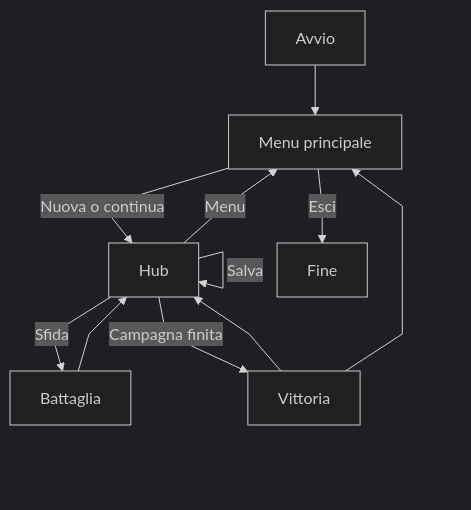
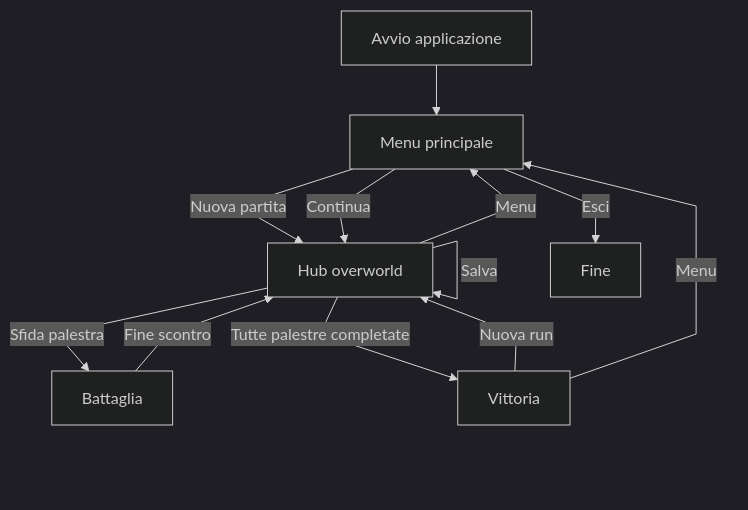
The diagram in .github/wiki-pages/Funzionalita-implementate.md (ValerioGiglio04/rpg-MPGC), drawn with Mermaid (dark theme) before and after one commit. The commit also changed other lines of this file and 6 other files, not shown here.

````diff
--- a/.github/wiki-pages/Funzionalita-implementate.md
+++ b/.github/wiki-pages/Funzionalita-implementate.md
@@ -76,14 +106,15 @@
 ```mermaid
 %%{init: {'flowchart': {'curve': 'linear'}}}%%
 flowchart TD
-  Boot[Avvio] --> MainMenu[Menu principale]
-  MainMenu -->|Nuova o continua| Hub[Hub]
+  Boot[Avvio applicazione] --> MainMenu[Menu principale]
+  MainMenu -->|Nuova partita| Hub[Hub overworld]
+  MainMenu -->|Continua| Hub
   MainMenu -->|Esci| End[Fine]
   Hub -->|Salva| Hub
   Hub -->|Menu| MainMenu
-  Hub -->|Sfida| Battle[Battaglia]
-  Battle --> Hub
-  Hub -->|Campagna finita| Victory[Vittoria]
-  Victory --> Hub
-  Victory --> MainMenu
+  Hub -->|Sfida palestra| Battle[Battaglia]
+  Battle -->|Fine scontro| Hub
+  Hub -->|Tutte palestre completate| Victory[Vittoria]
+  Victory -->|Nuova run| Hub
+  Victory -->|Menu| MainMenu
 ```
````
